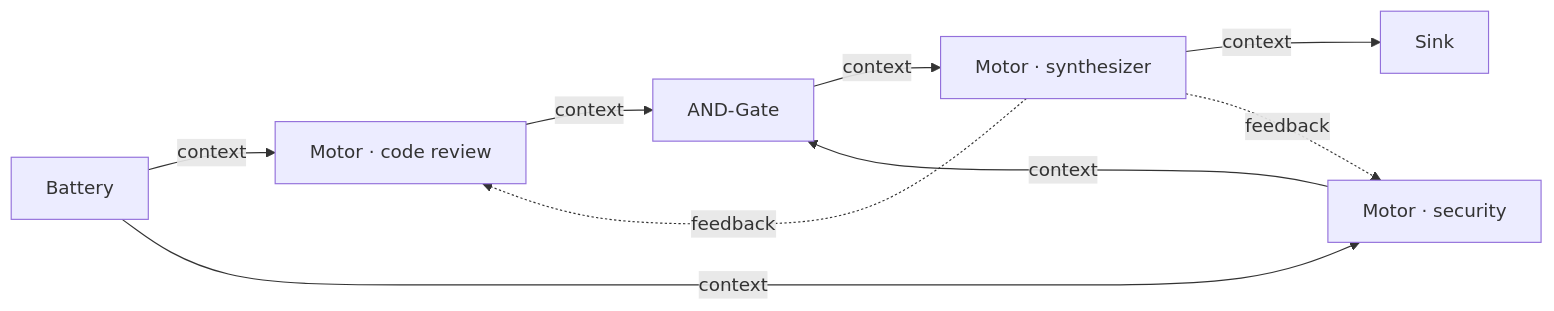
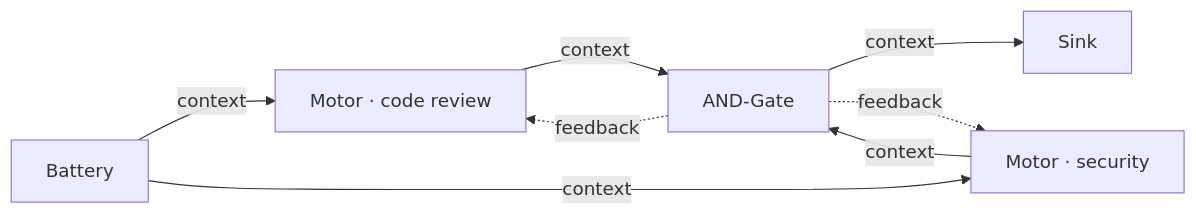
The diagram in docs/index.md (ssm-08/cirkit), drawn with Mermaid before and after one commit. The commit also changed other lines of this file and 16 other files, not shown here.

````diff
--- a/docs/index.md
+++ b/docs/index.md
@@ -7,11 +7,10 @@
 ```mermaid
 flowchart LR
     bat[Battery] -->|context| ra[Motor · code review]
     bat -->|context| rb[Motor · security]
     ra -->|context| gate[AND-Gate]
     rb -->|context| gate
-    gate -->|context| syn[Motor · synthesizer]
-    syn -->|context| sink[Sink]
-    syn -.->|feedback| ra
-    syn -.->|feedback| rb
+    gate -->|context| sink[Sink]
+    gate -.->|feedback| ra
+    gate -.->|feedback| rb
 ```
````
